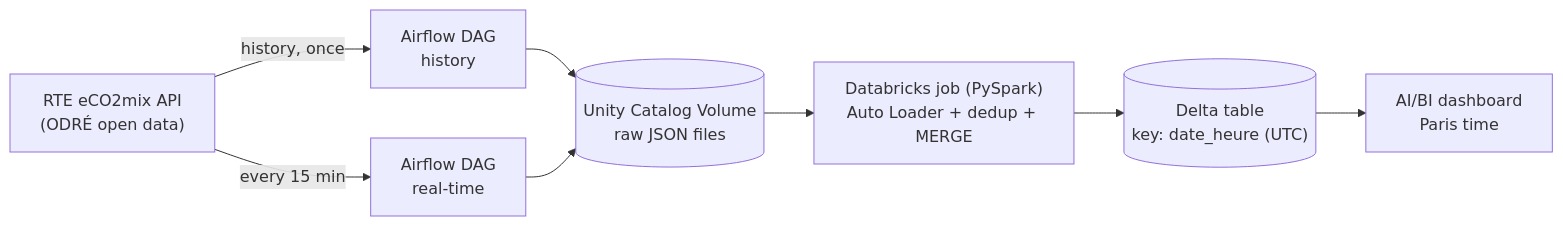
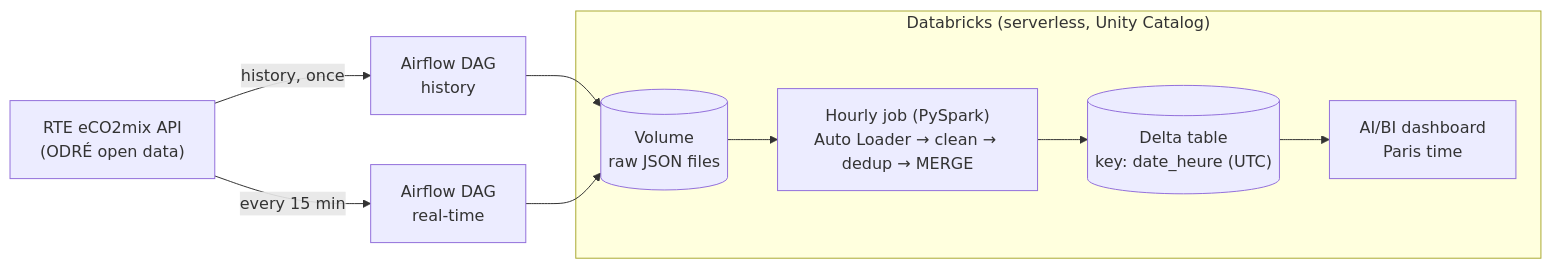
Before and after one commit to KhalilBouslah/france-energy-lakehouse: the diagram in README.md, drawn with Mermaid. The commit also changed other lines of this file and 3 other files, not shown here.

````diff
--- a/README.md
+++ b/README.md
@@ -31,10 +44,14 @@
 ```mermaid
 flowchart LR
     A["RTE eCO2mix API<br/>(ODRÉ open data)"] -->|"history, once"| B["Airflow DAG<br/>history"]
     A -->|"every 15 min"| C["Airflow DAG<br/>real-time"]
-    B --> D[("Unity Catalog Volume<br/>raw JSON files")]
+    subgraph Databricks["Databricks (serverless, Unity Catalog)"]
+        D[("Volume<br/>raw JSON files")]
+        E["Hourly job (PySpark)<br/>Auto Loader → clean → dedup → MERGE"]
+        F[("Delta table<br/>key: date_heure (UTC)")]
+        G["AI/BI dashboard<br/>Paris time"]
+        D --> E --> F --> G
+    end
+    B --> D
     C --> D
-    D --> E["Databricks job (PySpark)<br/>Auto Loader + dedup + MERGE"]
-    E --> F[("Delta table<br/>key: date_heure (UTC)")]
-    F --> G["AI/BI dashboard<br/>Paris time"]
 ```
````
